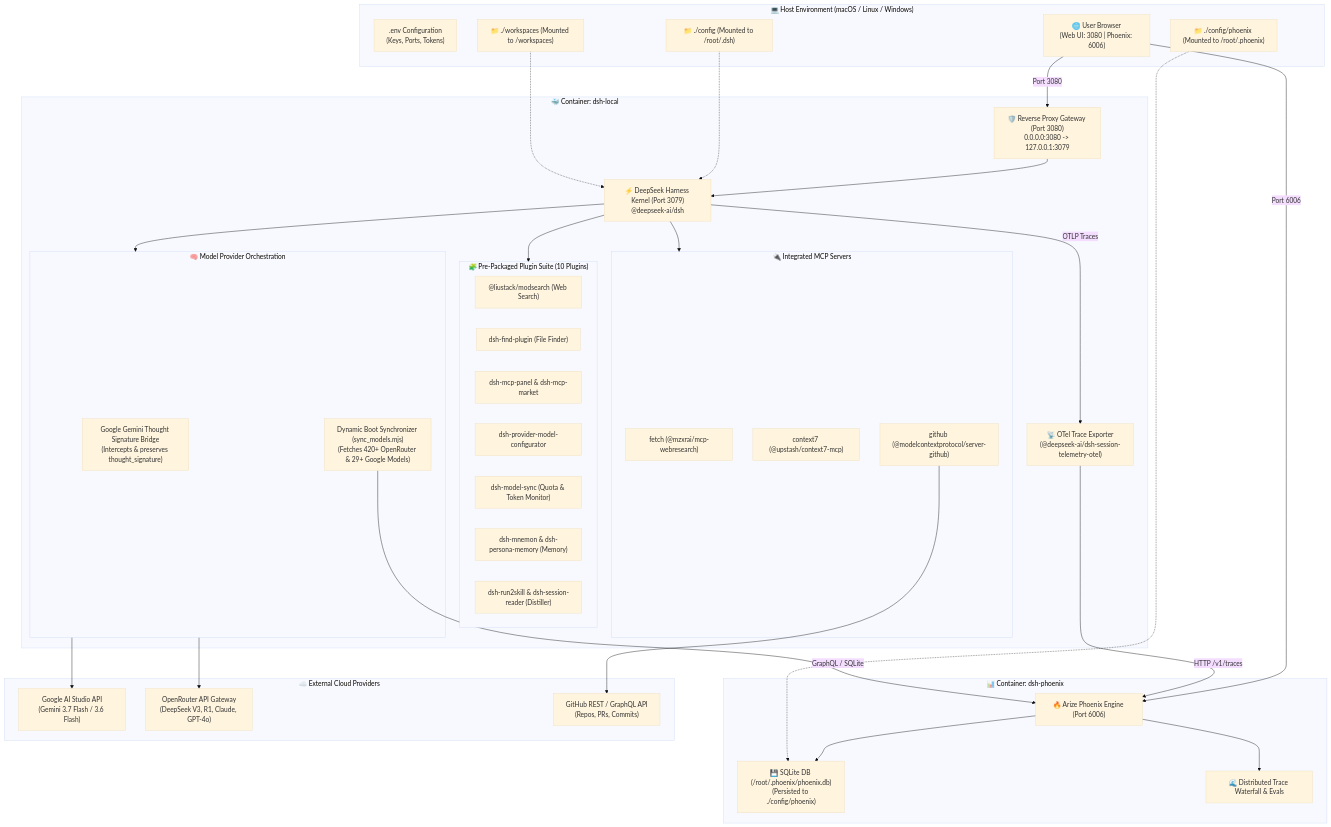
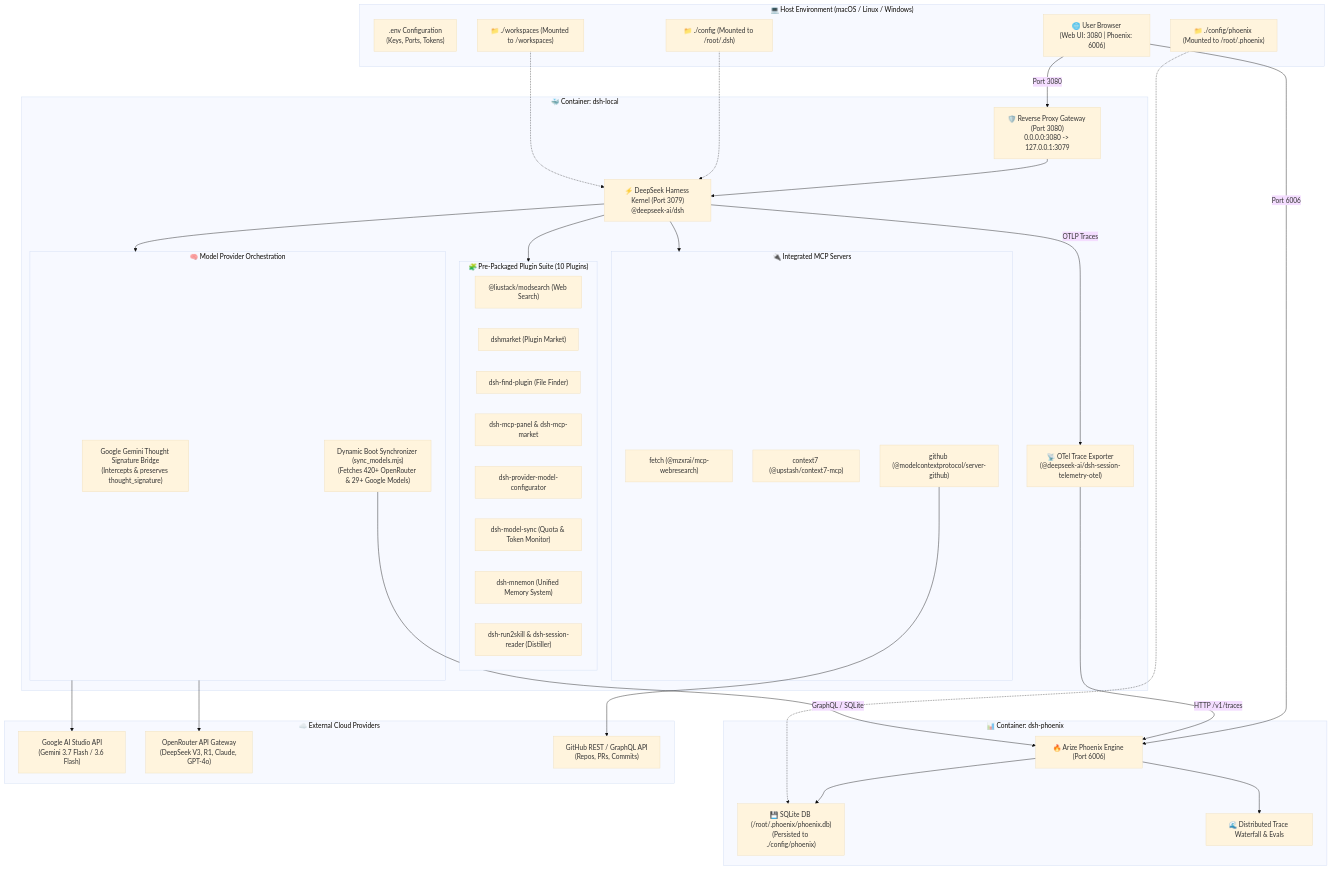
One commit to hdjebar/DSH-DDS changed the diagram in docs/architecture.md. Above: the diagram before and after it, drawn with Mermaid (base theme). The commit also changed 5 other files, not shown here.

Commit message:
refactor: eliminate duplicate memory plugin and unify exclusively on dsh-mnemon Memory System

````diff
--- a/docs/architecture.md
+++ b/docs/architecture.md
@@ -3,71 +3,72 @@
 ```mermaid
 flowchart TD
     subgraph Host ["💻 Host Environment (macOS / Linux / Windows)"]
         ENV[".env Configuration\n(Keys, Ports, Tokens)"]
         VOL_CFG["📁 ./config (Mounted to /root/.dsh)"]
         VOL_PHX["📁 ./config/phoenix (Mounted to /root/.phoenix)"]
         VOL_WS["📁 ./workspaces (Mounted to /workspaces)"]
         BROWSER["🌐 User Browser\n(Web UI: 3080 | Phoenix: 6006)"]
     end
 
     subgraph DSH_Container ["🐳 Container: dsh-local"]
         PROXY["🛡️ Reverse Proxy Gateway (Port 3080)\n0.0.0.0:3080 -> 127.0.0.1:3079"]
         CORE["⚡ DeepSeek Harness Kernel (Port 3079)\n@deepseek-ai/dsh"]
         
         subgraph Plugins ["🧩 Pre-Packaged Plugin Suite (10 Plugins)"]
             PLUG_SRC["@liustack/modsearch (Web Search)"]
+            PLUG_MKT["dshmarket (Plugin Market)"]
             PLUG_FIND["dsh-find-plugin (File Finder)"]
             PLUG_MCP_PNL["dsh-mcp-panel & dsh-mcp-market"]
             PLUG_CFG["dsh-provider-model-configurator"]
             PLUG_SYNC["dsh-model-sync (Quota & Token Monitor)"]
-            PLUG_MNEM["dsh-mnemon & dsh-persona-memory (Memory)"]
+            PLUG_MNEM["dsh-mnemon (Unified Memory System)"]
             PLUG_DISTILL["dsh-run2skill & dsh-session-reader (Distiller)"]
         end
 
         subgraph MCP_Servers ["🔌 Integrated MCP Servers"]
             MCP_FETCH["fetch (@mzxrai/mcp-webresearch)"]
             MCP_CTX["context7 (@upstash/context7-mcp)"]
             MCP_GH["github (@modelcontextprotocol/server-github)"]
         end
 
         subgraph LLM_Bridges ["🧠 Model Provider Orchestration"]
             BRIDGE_GEMINI["Google Gemini Thought Signature Bridge\n(Intercepts & preserves thought_signature)"]
             AUTO_SYNC["Dynamic Boot Synchronizer (sync_models.mjs)\n(Fetches 420+ OpenRouter & 29+ Google Models)"]
         end
 
         OTEL_EXPORTER["📡 OTel Trace Exporter\n(@deepseek-ai/dsh-session-telemetry-otel)"]
     end
 
     subgraph Phoenix_Container ["📊 Container: dsh-phoenix"]
         PHOENIX_SRV["🔥 Arize Phoenix Engine (Port 6006)"]
         SQLITE_DB["💾 SQLite DB (/root/.phoenix/phoenix.db)\n(Persisted to ./config/phoenix)"]
         TRACES["🌊 Distributed Trace Waterfall & Evals"]
     end
 
     subgraph External_APIs ["☁️ External Cloud Providers"]
         API_GEMINI["Google AI Studio API\n(Gemini 3.7 Flash / 3.6 Flash)"]
         API_OPENROUTER["OpenRouter API Gateway\n(DeepSeek V3, R1, Claude, GPT-4o)"]
         API_GITHUB["GitHub REST / GraphQL API\n(Repos, PRs, Commits)"]
     end
 
     %% Connections
     BROWSER -->|Port 3080| PROXY
     BROWSER -->|Port 6006| PHOENIX_SRV
     PROXY --> CORE
     CORE --> Plugins
     CORE --> MCP_Servers
     CORE --> LLM_Bridges
     LLM_Bridges --> API_GEMINI
     LLM_Bridges --> API_OPENROUTER
     MCP_GH --> API_GITHUB
     
     CORE -->|OTLP Traces| OTEL_EXPORTER
     OTEL_EXPORTER -->|HTTP /v1/traces| PHOENIX_SRV
     PHOENIX_SRV --> SQLITE_DB
     PHOENIX_SRV --> TRACES
     AUTO_SYNC -->|GraphQL / SQLite| PHOENIX_SRV
 
     VOL_CFG -.-> CORE
     VOL_PHX -.-> SQLITE_DB
     VOL_WS -.-> CORE
 ```
````
